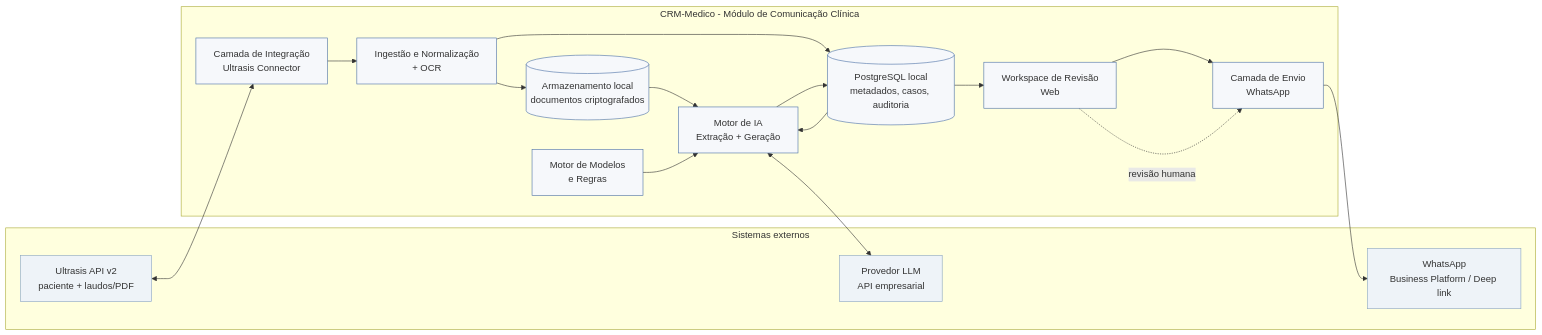
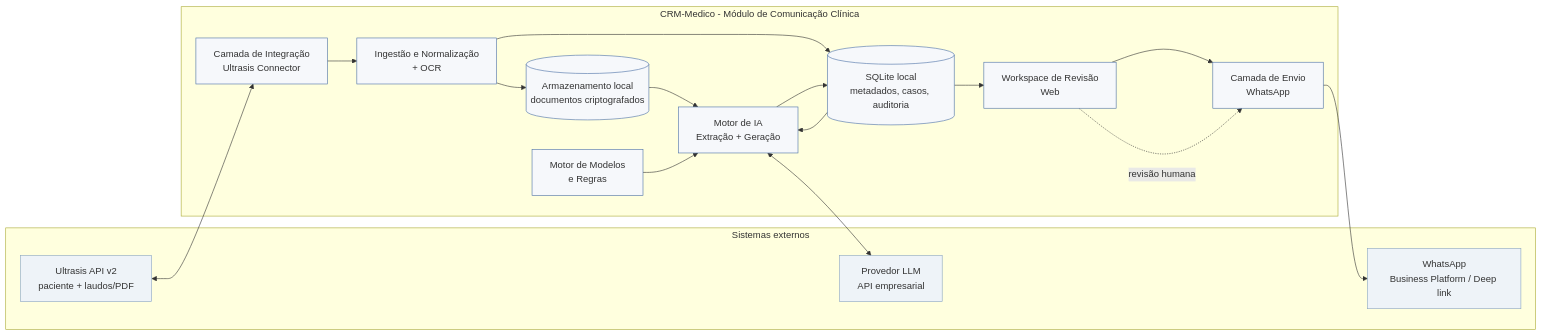
The first of 3 diagrams in docs/proposta-integracao-ultrasis.md (devt1981/sismed), drawn with Mermaid before and after one commit. The commit also changed other lines of this file and 8 other files, not shown here.

````diff
--- a/docs/proposta-integracao-ultrasis.md
+++ b/docs/proposta-integracao-ultrasis.md
@@ -137,38 +137,38 @@
 ```mermaid
 flowchart LR
     subgraph EXT["Sistemas externos"]
         U[Ultrasis API v2<br/>paciente + laudos/PDF]
         WA[WhatsApp<br/>Business Platform / Deep link]
         LLM[Provedor LLM<br/>API empresarial]
     end
 
     subgraph SISMED["CRM-Medico - Módulo de Comunicação Clínica"]
         CONN[Camada de Integração<br/>Ultrasis Connector]
         ING[Ingestão e Normalização<br/>+ OCR]
         STORE[(Armazenamento local<br/>documentos criptografados)]
-        DB[(PostgreSQL local<br/>metadados, casos, auditoria)]
+        DB[(SQLite local<br/>metadados, casos, auditoria)]
         AI[Motor de IA<br/>Extração + Geração]
         TPL[Motor de Modelos<br/>e Regras]
         UI[Workspace de Revisão<br/>Web]
         SEND[Camada de Envio<br/>WhatsApp]
     end
 
     U <--> CONN
     CONN --> ING
     ING --> STORE
     ING --> DB
     DB --> AI
     STORE --> AI
     TPL --> AI
     AI --> DB
     DB --> UI
     UI --> SEND
     UI -. revisão humana .-> SEND
     SEND --> WA
     AI <--> LLM
 
     classDef ext fill:#eef3f8,stroke:#8aa4c0;
     classDef core fill:#f6f8fb,stroke:#4a6fa5;
     class U,WA,LLM ext;
     class CONN,ING,STORE,DB,AI,TPL,UI,SEND core;
 ```
````
